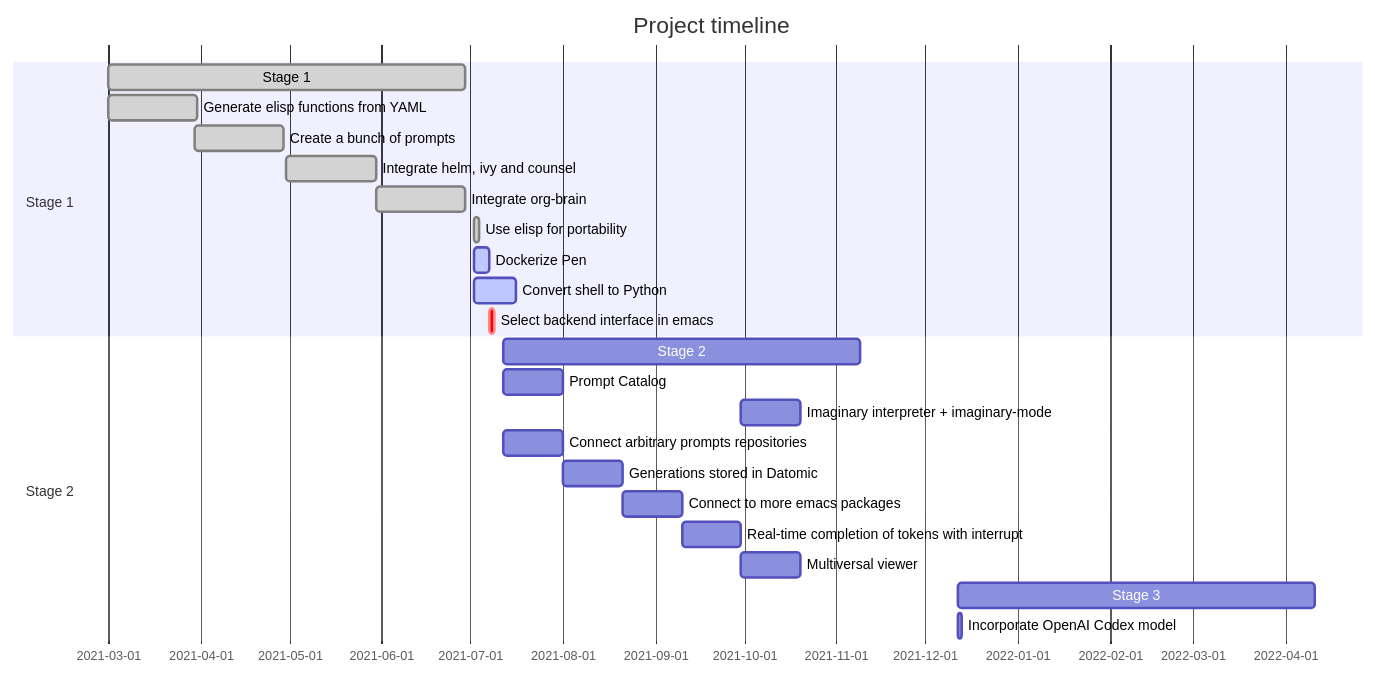
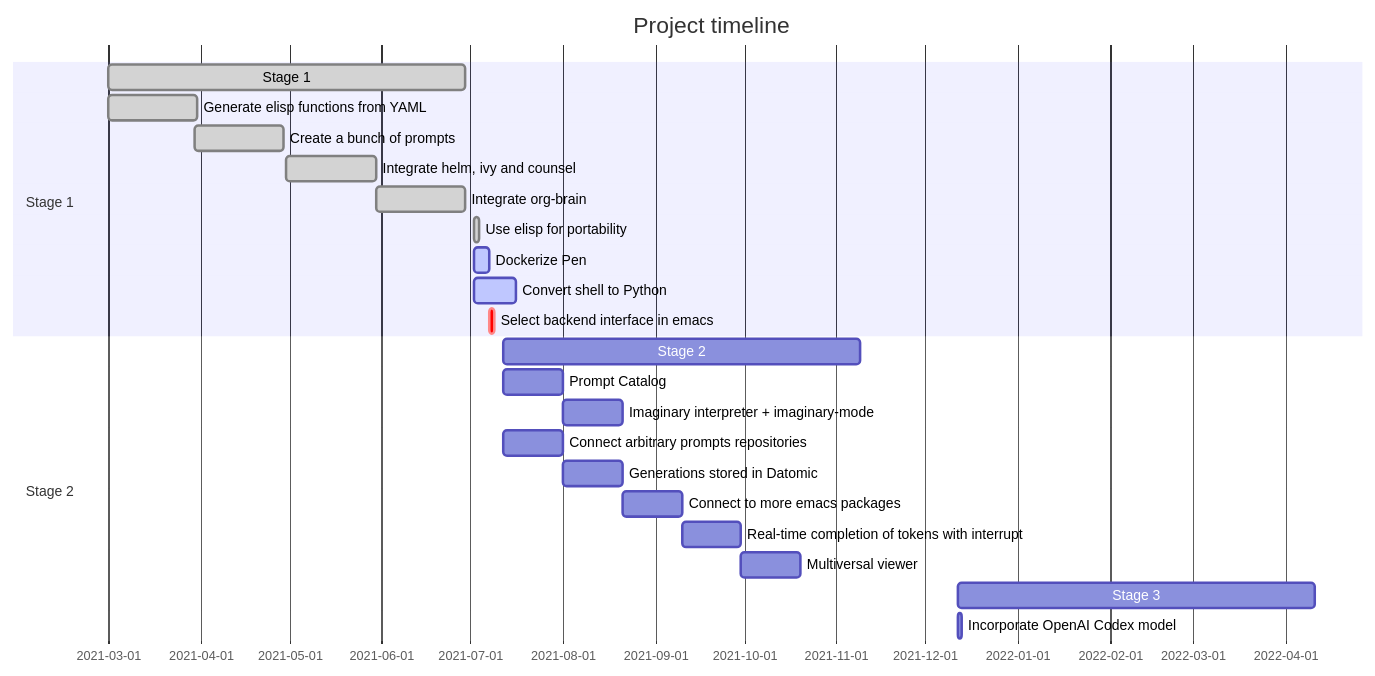
One commit to semiosis/pen.el changed the diagram in docs/README.org. Above: the diagram before and after it, drawn with Mermaid. The commit also changed 1 other file, not shown here.

Commit message:
Fri 02 Jul 2021 19:27:08

```diff
--- a/docs/README.org
+++ b/docs/README.org
@@ -31,26 +31,26 @@
 #+BEGIN_SRC mermaid :results raw :file project-timeline.png
   gantt
           title Project timeline
           dateFormat  YYYY-MM-DD
           section Stage 1
           Stage 1  :done, :s1, 2021-03-01, 120d
           Generate elisp functions from YAML  :done,  :a1, 2021-03-01, 30d
           Create a bunch of prompts  :done,   :a3, 2021-03-30, 30d
           Integrate helm, ivy and counsel  :done,   :a4, 2021-04-30, 30d
           Integrate org-brain  :done,   :a5, 2021-05-30, 30d
           Use elisp for portability :done,  :b2, 2021-07-02, 2d
           Dockerize Pen : active, b3, after b2 , 5d
           Convert shell to Python : active, b4, after b2 , 14d
           Select backend interface in emacs :crit, after b3, 2d
           section Stage 2
           Stage 2  :s2, 2021-07-12, 120d
           Prompt Catalog : b6a, 2021-07-12, 20d
-          Imaginary interpreter + imaginary-mode : b10, after b9, 20d
+          Imaginary interpreter + imaginary-mode : b11, after b6, 20d
           Connect arbitrary prompts repositories : b6, 2021-07-12, 20d
           Generations stored in Datomic : b7, after b6, 20d
           Connect to more emacs packages : b8, after b7 , 20d
           Real-time completion of tokens with interrupt : b9, after b8, 20d
           Multiversal viewer : b10, after b9, 20d
           Stage 3  :s2, 2021-12-12, 120d
           Incorporate OpenAI Codex model : c1, 2021-12-12, 1d
 #+END_SRC
```
